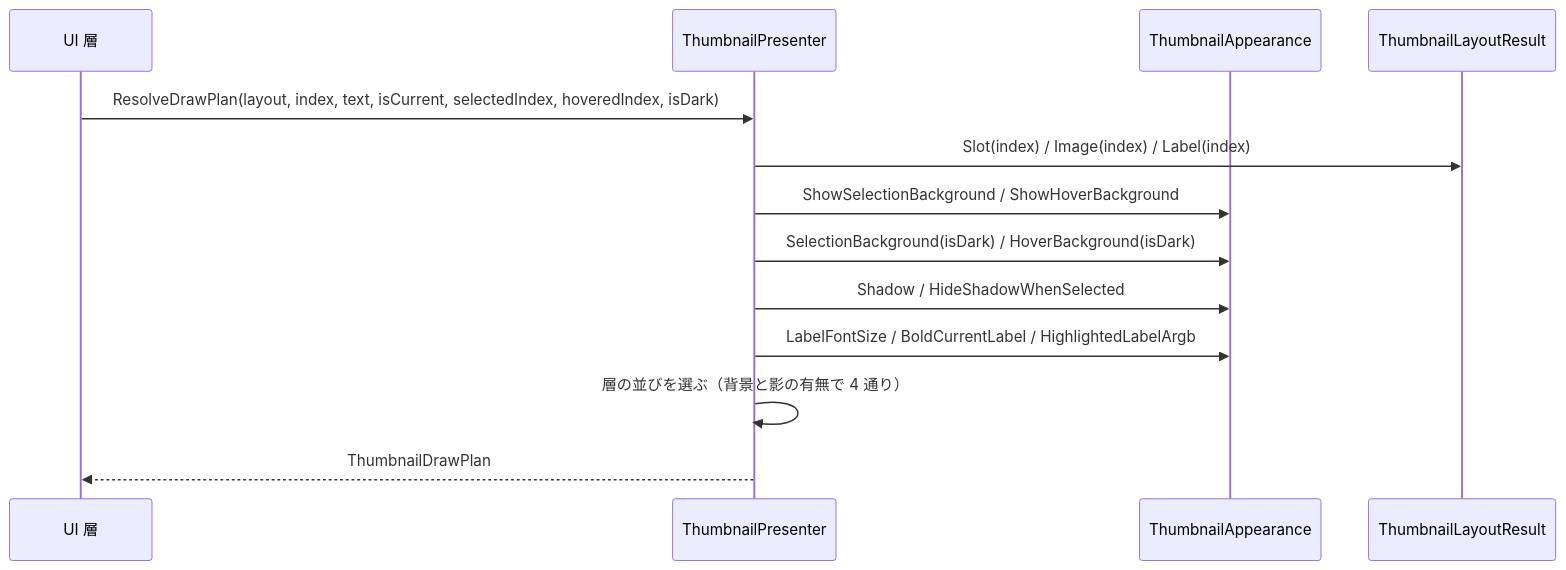
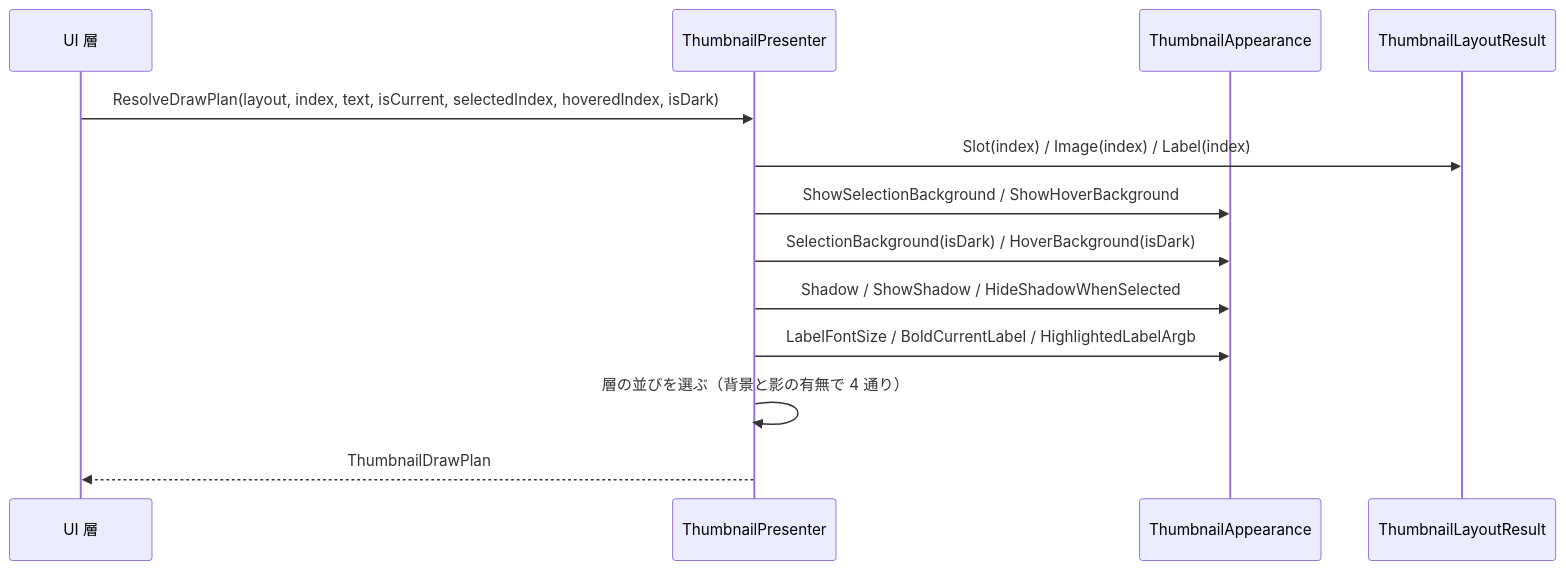
One commit to tomokuni/EsUtil changed the third of 4 diagrams in EsUtil/Feature.Thumbnail.Presenter/docs/SPEC_System.md. Above: the diagram before and after it, drawn with Mermaid. The commit also changed other lines of this file and 58 other files, not shown here.

````diff
--- a/EsUtil/Feature.Thumbnail.Presenter/docs/SPEC_System.md
+++ b/EsUtil/Feature.Thumbnail.Presenter/docs/SPEC_System.md
@@ -164,16 +165,16 @@
 ```mermaid
 sequenceDiagram
     participant UI as UI 層
     participant Presenter as ThumbnailPresenter
     participant Appearance as ThumbnailAppearance
     participant Layout as ThumbnailLayoutResult
 
     UI->>Presenter: ResolveDrawPlan(layout, index, text, isCurrent, selectedIndex, hoveredIndex, isDark)
     Presenter->>Layout: Slot(index) / Image(index) / Label(index)
     Presenter->>Appearance: ShowSelectionBackground / ShowHoverBackground
     Presenter->>Appearance: SelectionBackground(isDark) / HoverBackground(isDark)
-    Presenter->>Appearance: Shadow / HideShadowWhenSelected
+    Presenter->>Appearance: Shadow / ShowShadow / HideShadowWhenSelected
     Presenter->>Appearance: LabelFontSize / BoldCurrentLabel / HighlightedLabelArgb
     Presenter->>Presenter: 層の並びを選ぶ（背景と影の有無で 4 通り）
     Presenter-->>UI: ThumbnailDrawPlan
 ```
````
